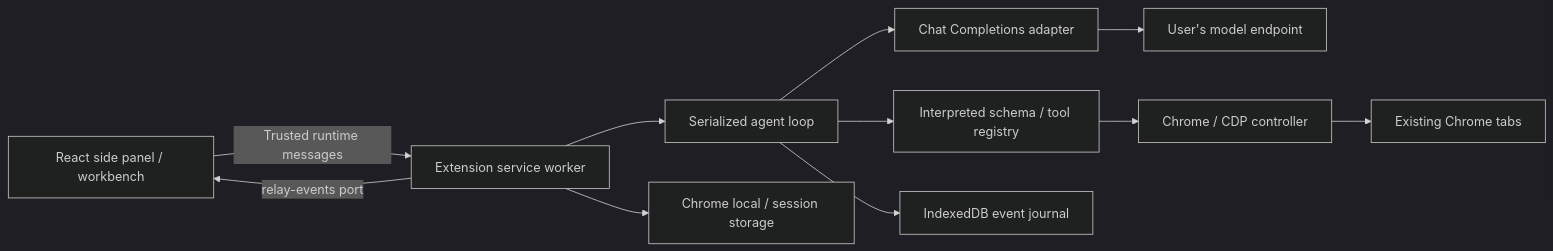
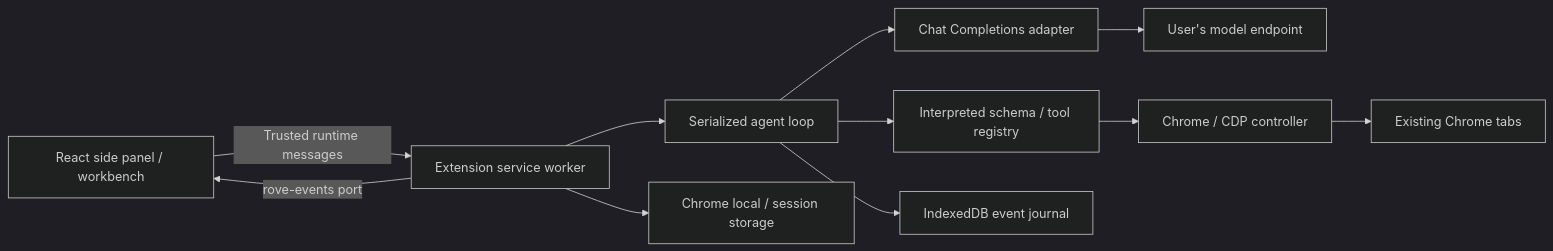
The diagram in docs/architecture.md (AbhiramJayasankar/rove), drawn with Mermaid (dark theme) before and after one commit. The commit also changed other lines of this file and 56 other files, not shown here.

````diff
--- a/docs/architecture.md
+++ b/docs/architecture.md
@@ -5,13 +5,13 @@
 ```mermaid
 flowchart LR
   UI[React side panel / workbench] -->|Trusted runtime messages| Runtime[Extension service worker]
   Runtime --> Engine[Serialized agent loop]
   Engine --> Model[Chat Completions adapter]
   Model --> Endpoint[User's model endpoint]
   Engine --> Tools[Interpreted schema / tool registry]
   Tools --> Browser[Chrome / CDP controller]
   Browser --> Tabs[Existing Chrome tabs]
   Engine --> Journal[IndexedDB event journal]
-  Runtime -->|relay-events port| UI
+  Runtime -->|rove-events port| UI
   Runtime --> Storage[Chrome local / session storage]
 ```
````
